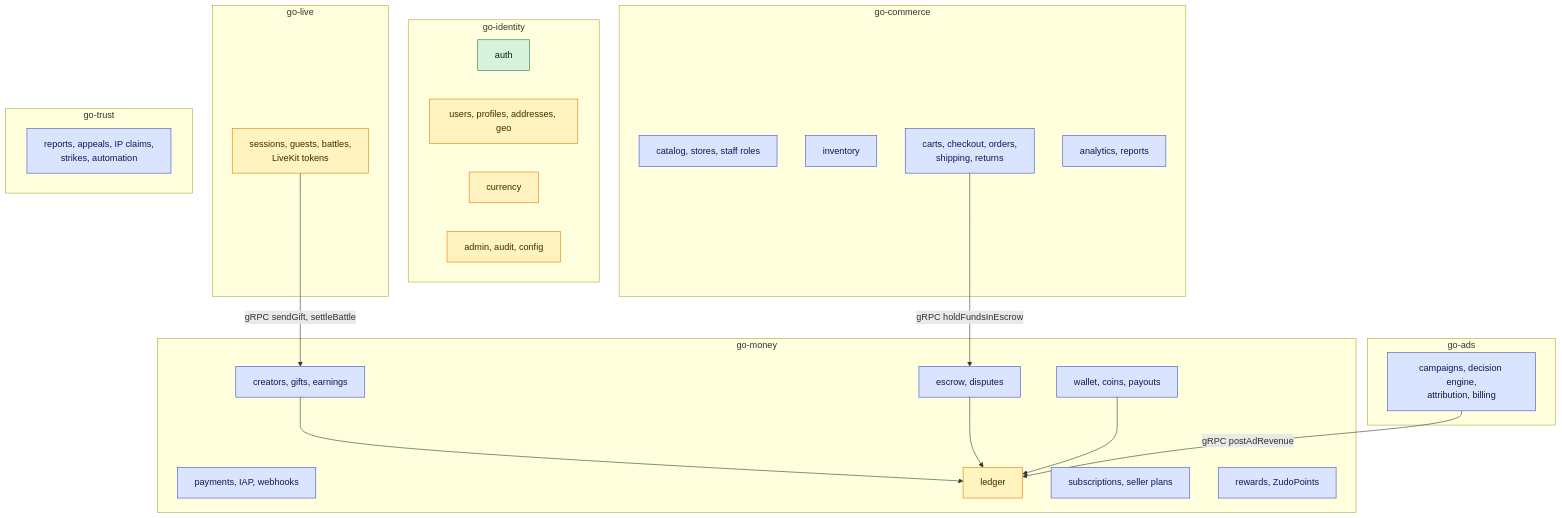
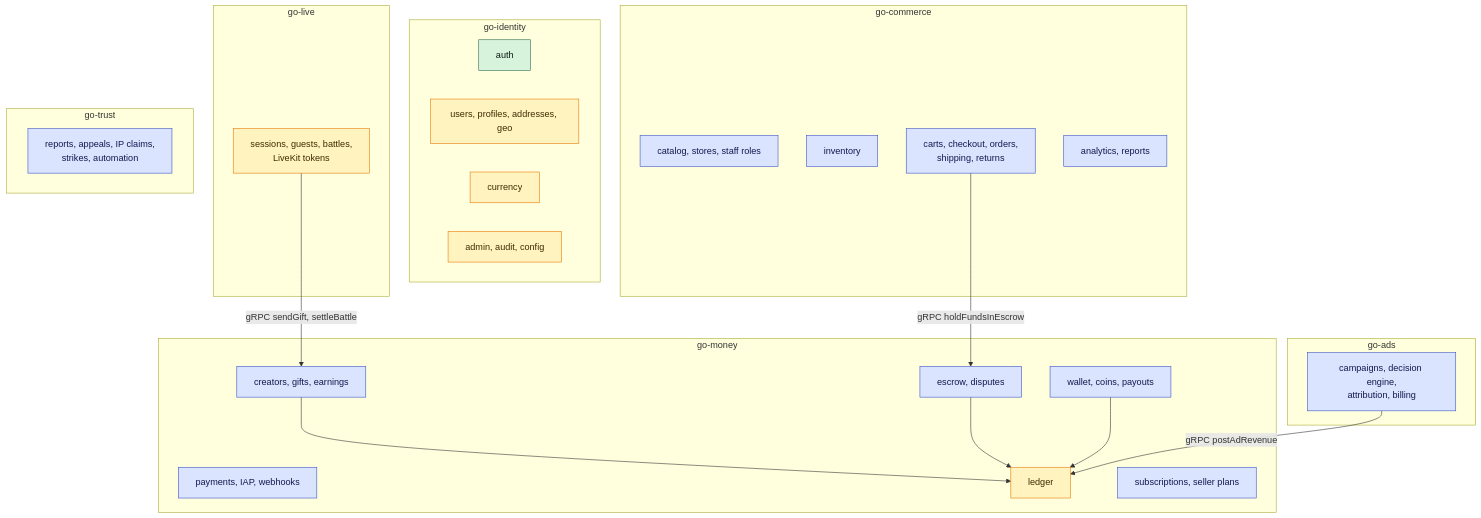
The first of 2 diagrams in docs/architecture/backend.md (telente-technologies/nantty), drawn with Mermaid before and after one commit. The commit also changed other lines of this file and 5 other files, not shown here.

Commit message:
docs(docs): update architecture docs

````diff
--- a/docs/architecture/backend.md
+++ b/docs/architecture/backend.md
@@ -9,44 +9,43 @@
 ```mermaid
 flowchart TB
   classDef existing fill:#d8f3dc,stroke:#2d6a4f,color:#081c15
   classDef partial fill:#fff3bf,stroke:#e67700,color:#3d2c00
   classDef proposed fill:#dbe4ff,stroke:#364fc7,color:#10194d
 
   subgraph identity["go-identity"]
     auth["auth"]:::existing
     users["users, profiles, addresses, geo"]:::partial
     currency["currency"]:::partial
     admin["admin, audit, config"]:::partial
   end
   subgraph commerce["go-commerce"]
     catalog["catalog, stores, staff roles"]:::proposed
     inventory["inventory"]:::proposed
     orders["carts, checkout, orders,<br/>shipping, returns"]:::proposed
     analytics["analytics, reports"]:::proposed
   end
   subgraph money["go-money"]
     payments["payments, IAP, webhooks"]:::proposed
     ledger["ledger"]:::partial
     wallet["wallet, coins, payouts"]:::proposed
     escrow["escrow, disputes"]:::proposed
     subs["subscriptions, seller plans"]:::proposed
     creators["creators, gifts, earnings"]:::proposed
-    rewards["rewards, ZudoPoints"]:::proposed
   end
   subgraph liveD["go-live"]
     live["sessions, guests, battles,<br/>LiveKit tokens"]:::partial
   end
   subgraph adsD["go-ads"]
     ads["campaigns, decision engine,<br/>attribution, billing"]:::proposed
   end
   subgraph trust["go-trust"]
     moderation["reports, appeals, IP claims,<br/>strikes, automation"]:::proposed
   end
 
   orders -- "gRPC holdFundsInEscrow" --> escrow
   live -- "gRPC sendGift, settleBattle" --> creators
   creators --> ledger
   escrow --> ledger
   wallet --> ledger
   ads -- "gRPC postAdRevenue" --> ledger
 ```
````
